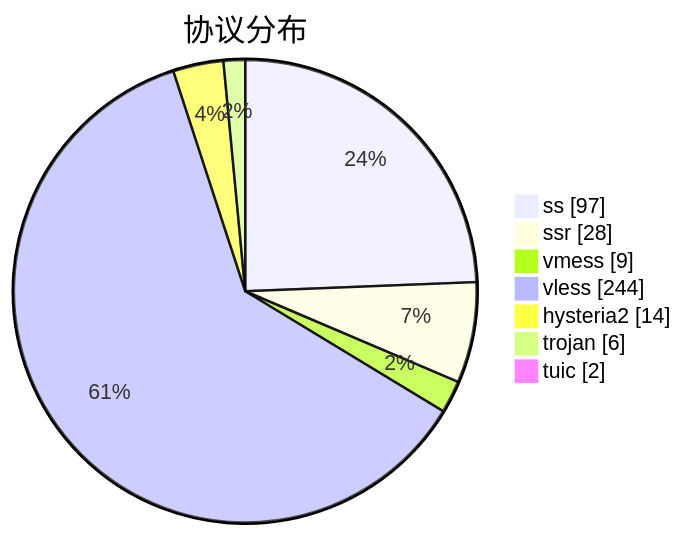
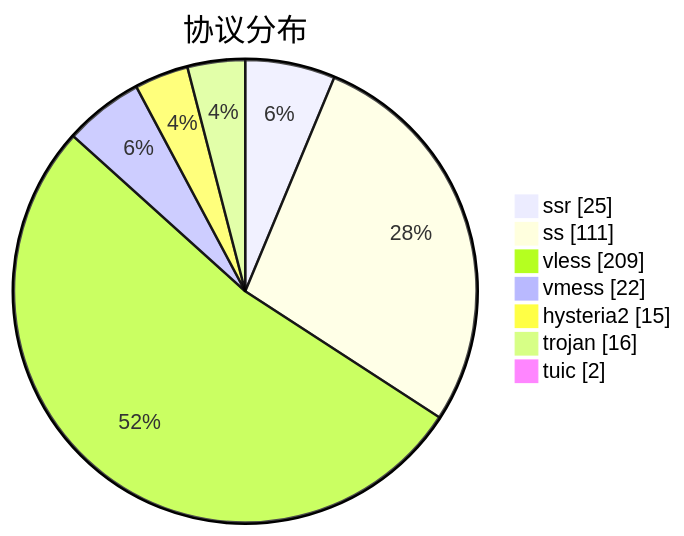
The third of 3 diagrams in subs/statistics/tested_within.md (qjlxg/airport), drawn with Mermaid before and after one commit. The commit also changed other lines of this file and 2 other files, not shown here.

````diff
--- a/subs/statistics/tested_within.md
+++ b/subs/statistics/tested_within.md
@@ -27,11 +31,11 @@
 ```mermaid
 pie showData
 title 协议分布
-"ss" : 97
-"ssr" : 28
-"vmess" : 9
-"vless" : 244
-"hysteria2" : 14
-"trojan" : 6
+"ssr" : 25
+"ss" : 111
+"vless" : 209
+"vmess" : 22
+"hysteria2" : 15
+"trojan" : 16
 "tuic" : 2
 ```
````
